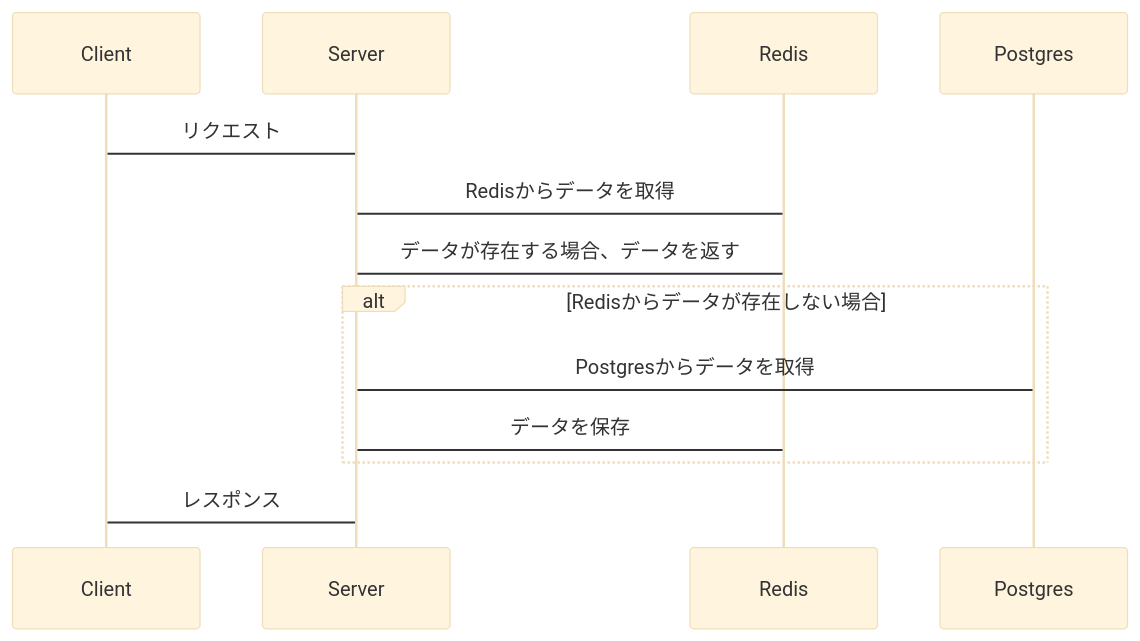
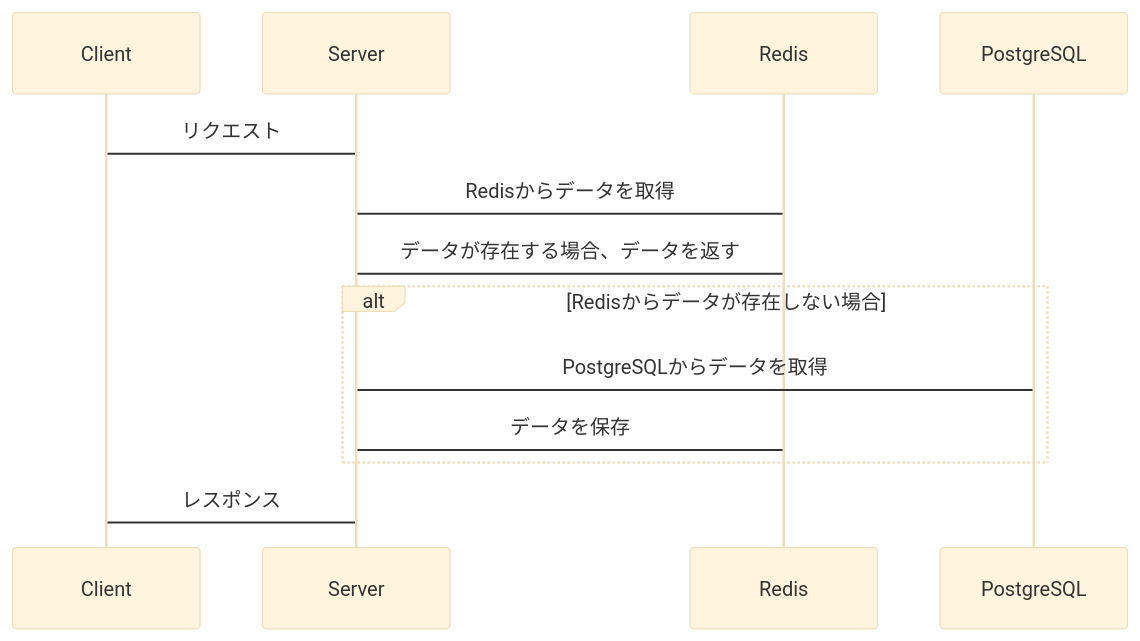
Before and after one commit to yoshihiro-shu/qiita-tech-blog: the diagram in public/improve_redis_by_convert_algorithm.md, drawn with Mermaid (base theme). The commit also changed other lines of this file, not shown here.

````diff
--- a/public/improve_redis_by_convert_algorithm.md
+++ b/public/improve_redis_by_convert_algorithm.md
@@ -41,19 +41,19 @@
 ```mermaid
 sequenceDiagram
   participant Client
   participant Server
   participant Redis
-  participant Postgres
+  participant PostgreSQL
 
   Client->Server: リクエスト
 
   Server->Redis: Redisからデータを取得
   Redis->Server: データが存在する場合、データを返す
 
   alt Redisからデータが存在しない場合
-    Server->Postgres: Postgresからデータを取得
+    Server->PostgreSQL: PostgreSQLからデータを取得
     Server->Redis: データを保存
   end
 
   Server->Client: レスポンス
 ```
````
